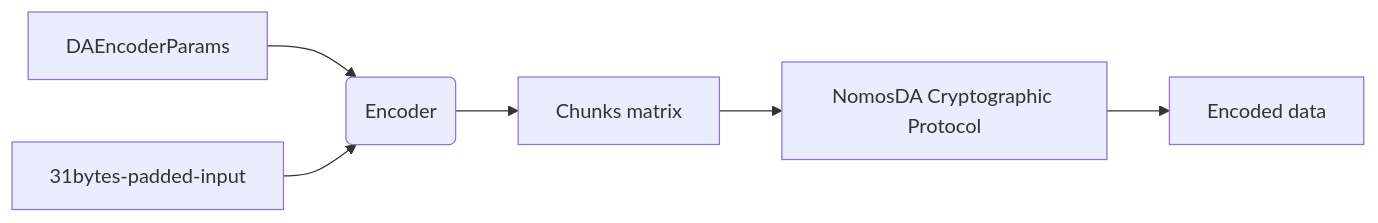
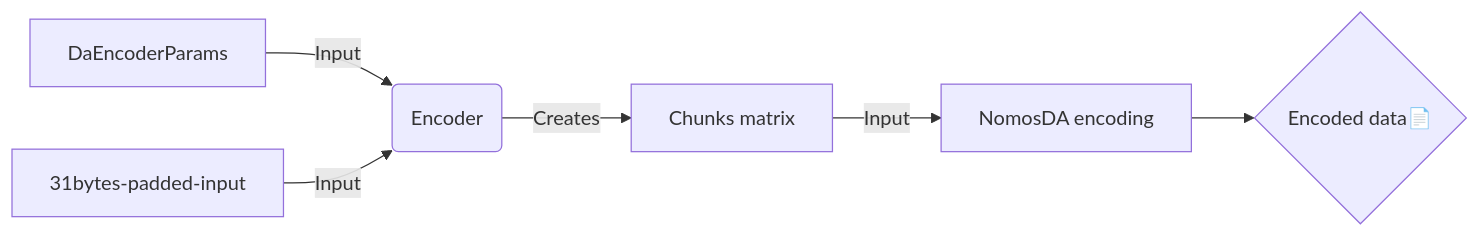
The first of 2 diagrams in nomos/raw/nomosda-encoding.md (vacp2p/rfc-index), drawn with Mermaid before and after one commit. The commit also changed other lines of this file, not shown here.

Commit message:
Sync NomosDA encoding spec with latest Notion version

````diff
--- a/nomos/raw/nomosda-encoding.md
+++ b/nomos/raw/nomosda-encoding.md
@@ -65,8 +54,8 @@
 ```mermaid
 flowchart LR
-    A[DAEncoderParams] --> B(Encoder)
-    I[31bytes-padded-input] --> B
-    B --> D[Chunks matrix]
-    D --> C[NomosDA Cryptographic Protocol]
-    C --> E[Encoded data]
+    A[DaEncoderParams] -->|Input| B(Encoder)
+    I[31bytes-padded-input] -->|Input| B
+    B -->|Creates| D[Chunks matrix]
+    D --> |Input| C[NomosDA encoding]
+    C --> E{Encoded data📄}
 ```
````
